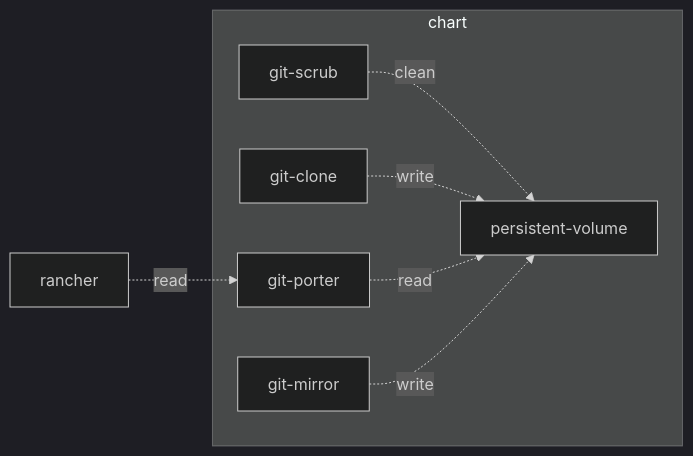
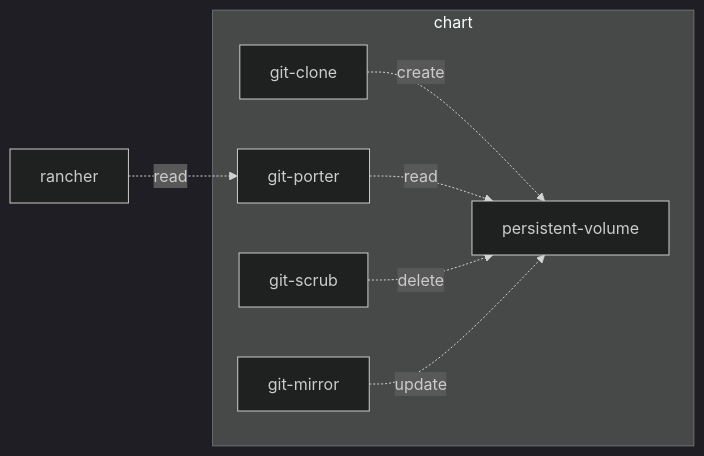
The diagram in README.md (rancher/git-mirror), drawn with Mermaid (dark theme) before and after one commit. The commit also changed other lines of this file, not shown here.

Commit message:
Update diagram

````diff
--- a/README.md
+++ b/README.md
@@ -7,19 +7,19 @@
 ```mermaid
 flowchart LR
   rancher
 
-  git-scrub -. clean .-> persistent-volume
-  git-clone -. write .-> persistent-volume
-  git-porter -. read .-> persistent-volume
-  git-mirror -. write .-> persistent-volume
+  git-clone  -. create .-> persistent-volume
+  git-porter -. read   .-> persistent-volume
+  git-scrub  -. delete .-> persistent-volume
+  git-mirror -. update .-> persistent-volume
 
   rancher -. read .-> git-porter
 
   subgraph chart
     git-scrub
     git-clone
     git-porter
     git-mirror
     persistent-volume
   end
 ```
````
